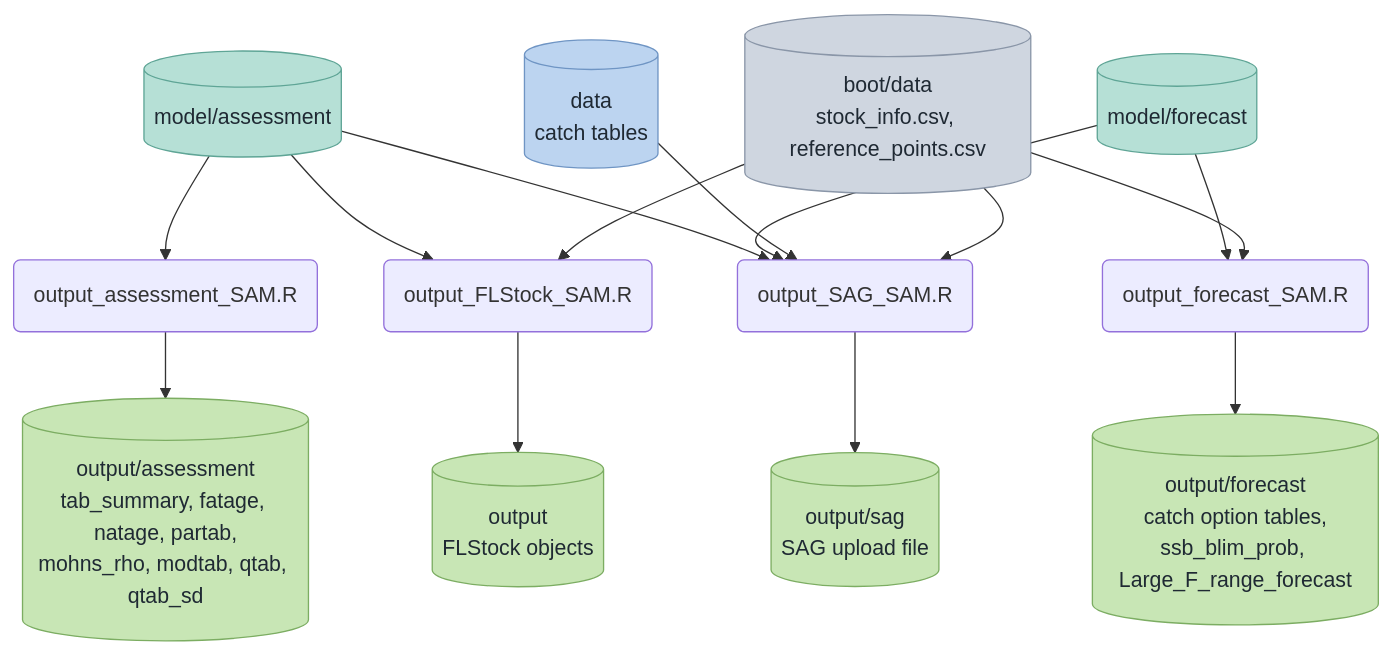
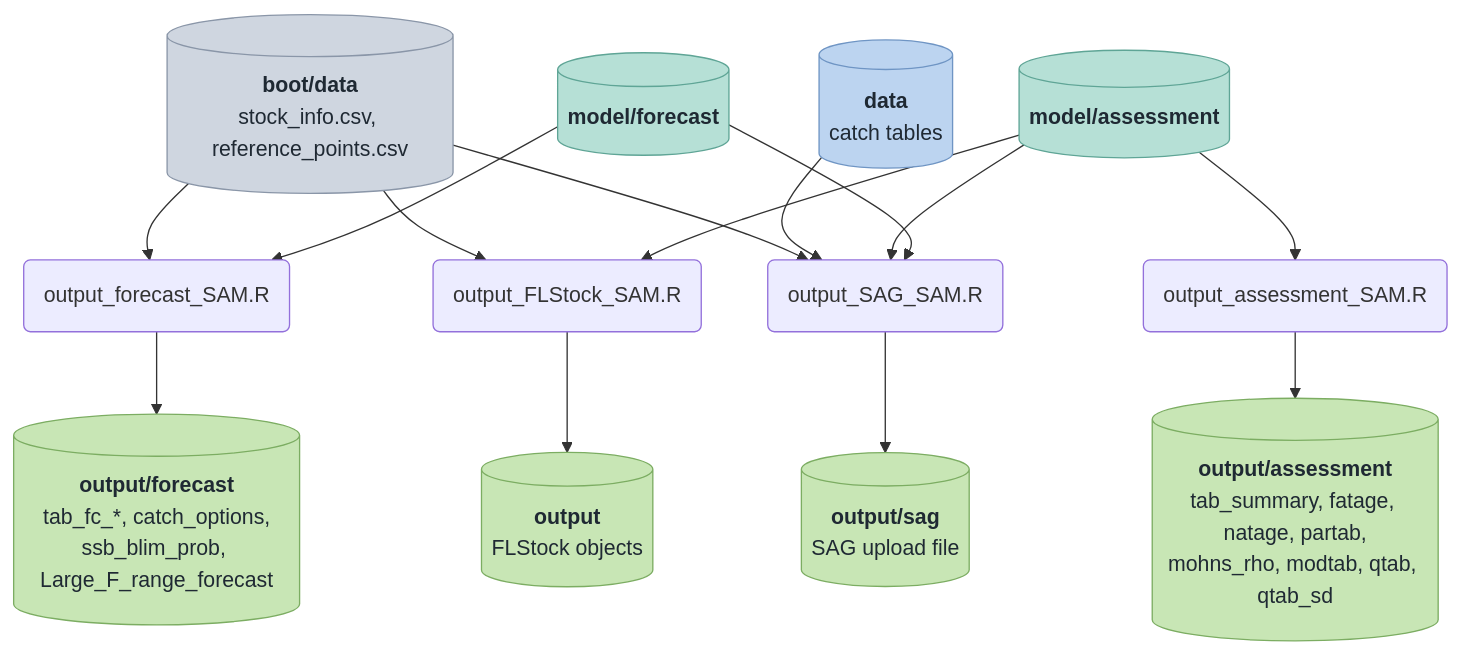
One commit to ices-tools-dev/SAM_taf_template changed the fourth of 5 diagrams in README.Rmd. Above: the diagram before and after it, drawn with Mermaid. The commit also changed other lines of this file and 4 other files, not shown here.

Commit message:
Add catch options table and forecast report, name forecast tables by scenario, order README diagrams

````diff
--- a/README.Rmd
+++ b/README.Rmd
@@ -112,25 +122,33 @@
 ```mermaid
 flowchart TD
-  M1[("model/assessment")] --> S1("output_assessment_SAM.R")
-  S1 --> O1[("output/assessment<br/>tab_summary, fatage, natage, partab,<br/>mohns_rho, modtab, qtab, qtab_sd")]
-  M2[("model/forecast")] --> S2("output_forecast_SAM.R")
-  S2 --> O2[("output/forecast<br/>catch option tables,<br/>ssb_blim_prob, Large_F_range_forecast")]
-  M1 --> S3("output_FLStock_SAM.R")
-  S3 --> O3[("output<br/>FLStock objects")]
-  M1 --> S4("output_SAG_SAM.R")
-  M2 --> S4
-  D[("data<br/>catch tables")] --> S4
-  B[("boot/data<br/>stock_info.csv, reference_points.csv")] --> S2
+  B[("<b>boot/data</b><br/>stock_info.csv, reference_points.csv")]
+  D[("<b>data</b><br/>catch tables")]
+  M1[("<b>model/assessment</b>")]
+  M2[("<b>model/forecast</b>")]
+  S1("output_assessment_SAM.R")
+  S2("output_forecast_SAM.R")
+  S3("output_FLStock_SAM.R")
+  S4("output_SAG_SAM.R")
+  O1[("<b>output/assessment</b><br/>tab_summary, fatage, natage, partab,<br/>mohns_rho, modtab, qtab, qtab_sd")]
+  O2[("<b>output/forecast</b><br/>tab_fc_*, catch_options,<br/>ssb_blim_prob, Large_F_range_forecast")]
+  O3[("<b>output</b><br/>FLStock objects")]
+  O4[("<b>output/sag</b><br/>SAG upload file")]
+  M1 --> S1 --> O1
+  B --> S2
+  M2 --> S2 --> O2
   B --> S3
+  M1 --> S3 --> O3
   B --> S4
-  S4 --> O4[("output/sag<br/>SAG upload file")]
+  D --> S4
+  M1 --> S4
+  M2 --> S4 --> O4
   classDef boot fill:#cfd6e0,stroke:#8a96a8,color:#1f2933
   classDef data fill:#bcd4f0,stroke:#6f95c4,color:#1f2933
   classDef model fill:#b6e0d6,stroke:#5fa596,color:#1f2933
   classDef output fill:#c8e6b5,stroke:#7cad62,color:#1f2933
   classDef report fill:#f3d9a6,stroke:#c9a35a,color:#1f2933
+  class B boot
+  class D data
   class M1,M2 model
   class O1,O2,O3,O4 output
-  class D data
-  class B boot
 ```
````
